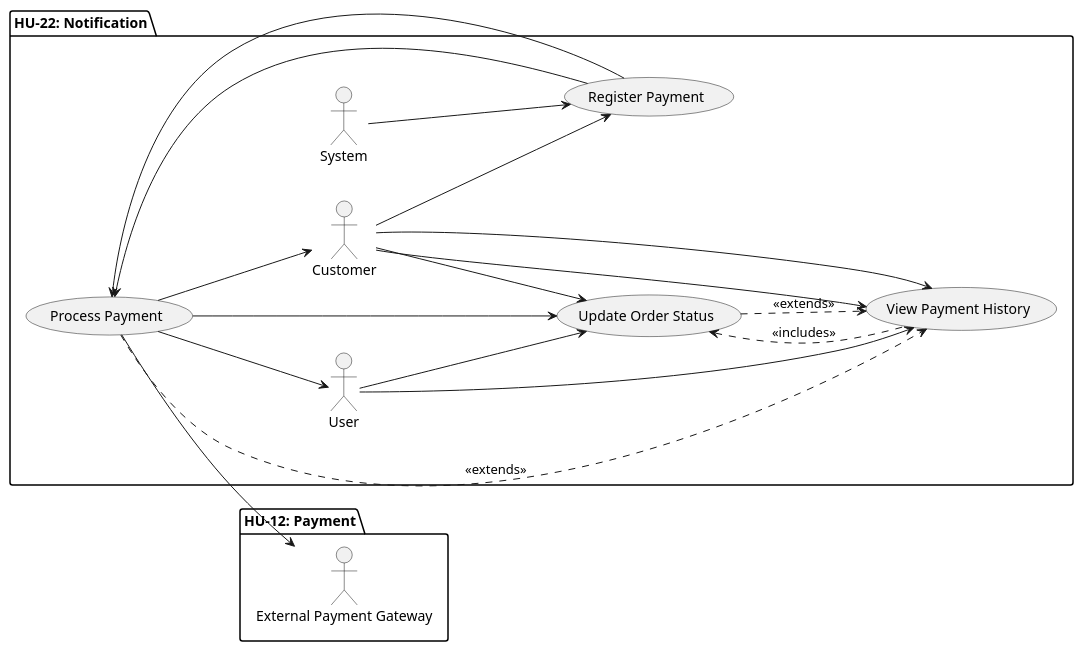
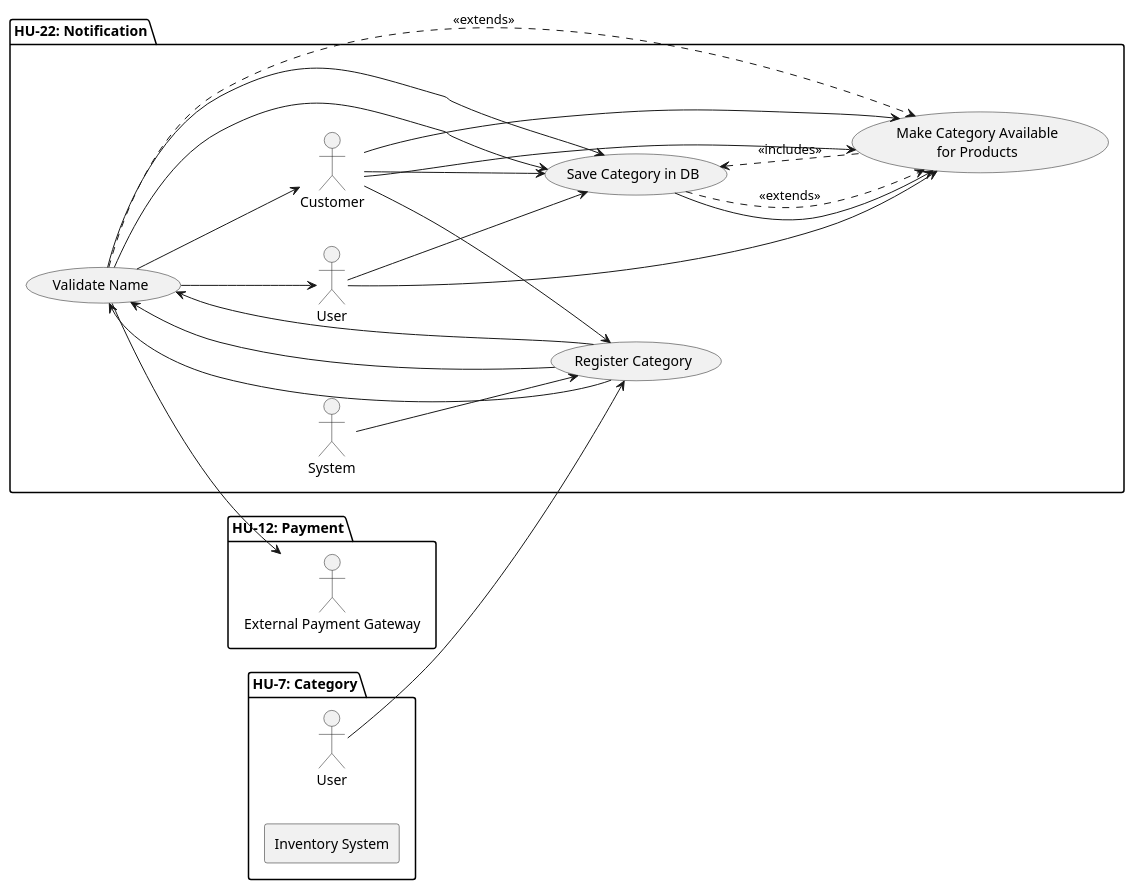
Before and after one commit to code-sena/laboratory-2899747: the diagram in document/architecture/usecase.wsd, drawn with PlantUML. The commit also changed 1 other file, not shown here.

Commit message:
✨ feat(category): add use case and SQL for category table

```diff
--- a/document/architecture/usecase.wsd
+++ b/document/architecture/usecase.wsd
@@ -1,55 +1,71 @@
 @startuml
   left to right direction
 
   package "HU-22: Notification" {
 
     'Actors'
     actor "System" as System
     actor "User" as User
     actor "Customer" as Customer
 
     'Use Cases'
     usecase "Register Notification" as UC1
     usecase "Send/Display Notification" as UC2
     usecase "Mark Notification as Read" as UC3
     usecase "View Notifications" as UC4
 
     'Relationships'
     System --> UC1
     UC1 --> UC2
     UC2 --> User
     UC2 --> Customer
 
     User --> UC3
     Customer --> UC3
 
     User --> UC4
     Customer --> UC4
 
     UC3 .> UC4 : <<extends>>
   }
 
   package "HU-12: Payment" {
 
     'Actors'
     actor "Customer" as Customer
     actor "External Payment Gateway" as PaymentGateway
 
     'Use Cases'
     usecase "Register Payment" as UC1
     usecase "Process Payment" as UC2
     usecase "Update Order Status" as UC3
     usecase "View Payment History" as UC4
 
     'Relationships'
     Customer --> UC1
     Customer --> UC4
 
     UC1 --> UC2
     UC2 --> PaymentGateway
     UC2 .> UC4 : <<extends>>
     UC3 <.. UC4 : <<includes>>
 
     UC2 --> UC3
   }
+
+  package "HU-7: Category"{
+    actor User as U
+
+    rectangle "Inventory System" {
+      usecase "Register Category" as UC1
+      usecase "Validate Name" as UC2
+      usecase "Save Category in DB" as UC3
+      usecase "Make Category Available\nfor Products" as UC4
+    }
+
+    U --> UC1
+    UC1 --> UC2
+    UC2 --> UC3
+    UC3 --> UC4
+  }
 @enduml
```
